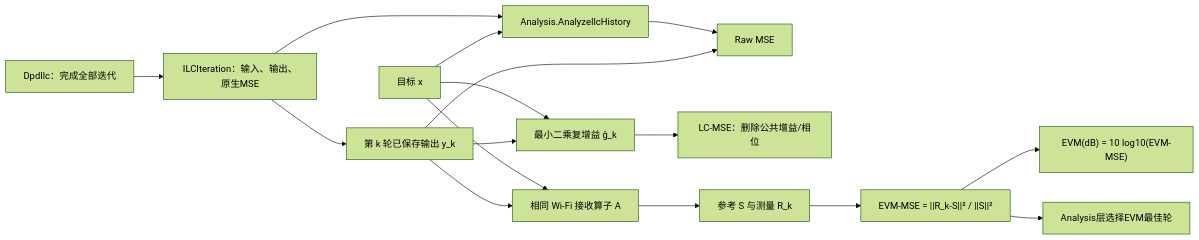
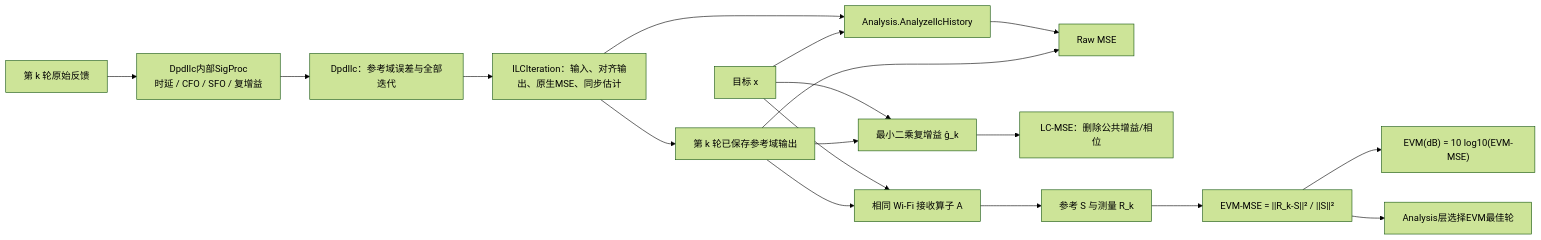
Before and after one commit to niyilu45/DPD_ILC: the sixth of 9 diagrams in doc/Analysis.md, drawn with Mermaid (forest theme). The commit also changed other lines of this file and 7 other files, not shown here.

Commit message:
Align and synchronize feedback inside ILC

````diff
--- a/doc/Analysis.md
+++ b/doc/Analysis.md
@@ -981,18 +981,20 @@
 ```mermaid
 flowchart LR
-    ilc["DpdIlc：完成全部迭代"] --> history["ILCIteration：输入、输出、原生MSE"]
+    capture["第 k 轮原始反馈"] --> ilcSync["DpdIlc内部SigProc<br/>时延 / CFO / SFO / 复增益"]
+    ilcSync --> ilc["DpdIlc：参考域误差与全部迭代"]
+    ilc --> history["ILCIteration：输入、对齐输出、原生MSE、同步估计"]
     history --> postAnalysis["Analysis.AnalyzeIlcHistory"]
-    history --> feedback["第 k 轮已保存输出 y_k"]
+    history --> feedback["第 k 轮已保存参考域输出"]
     reference["目标 x"] --> postAnalysis
     postAnalysis --> raw["Raw MSE"]
     feedback --> raw
     reference --> ls["最小二乘复增益 ĝ_k"]
     feedback --> ls
     ls --> lc["LC-MSE：删除公共增益/相位"]
     reference --> receiver["相同 Wi-Fi 接收算子 A"]
     feedback --> receiver
     receiver --> tones["参考 S 与测量 R_k"]
     tones --> evmMse["EVM-MSE = ||R_k-S||² / ||S||²"]
     evmMse --> identity["EVM(dB) = 10 log10(EVM-MSE)"]
     evmMse --> best["Analysis层选择EVM最佳轮"]
 ```
````
